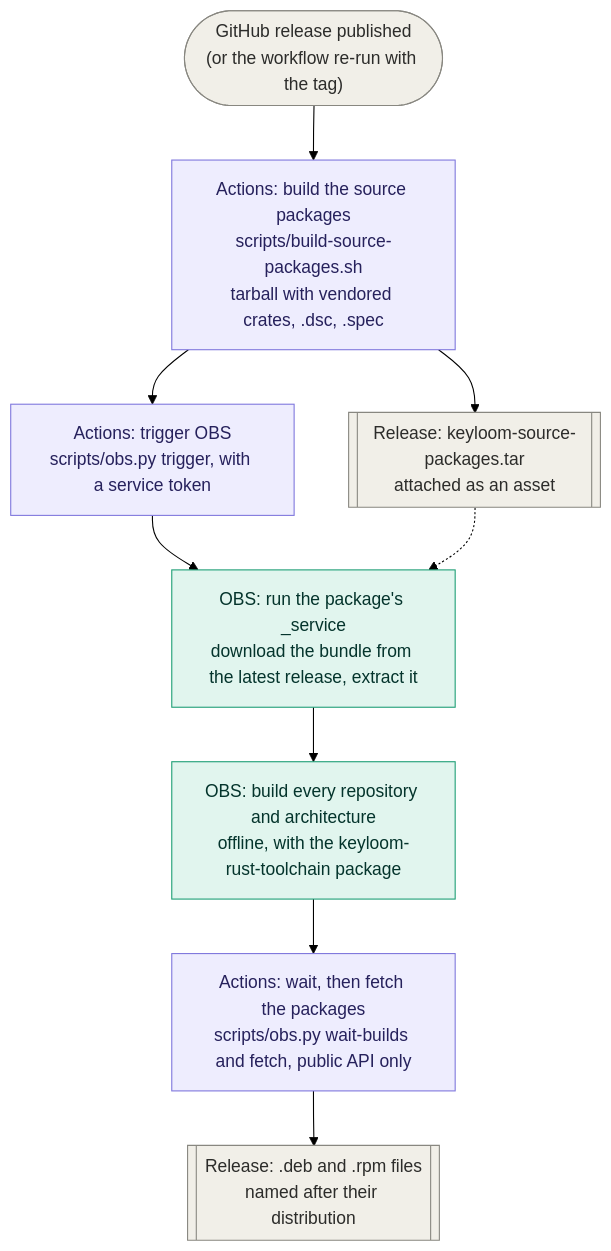
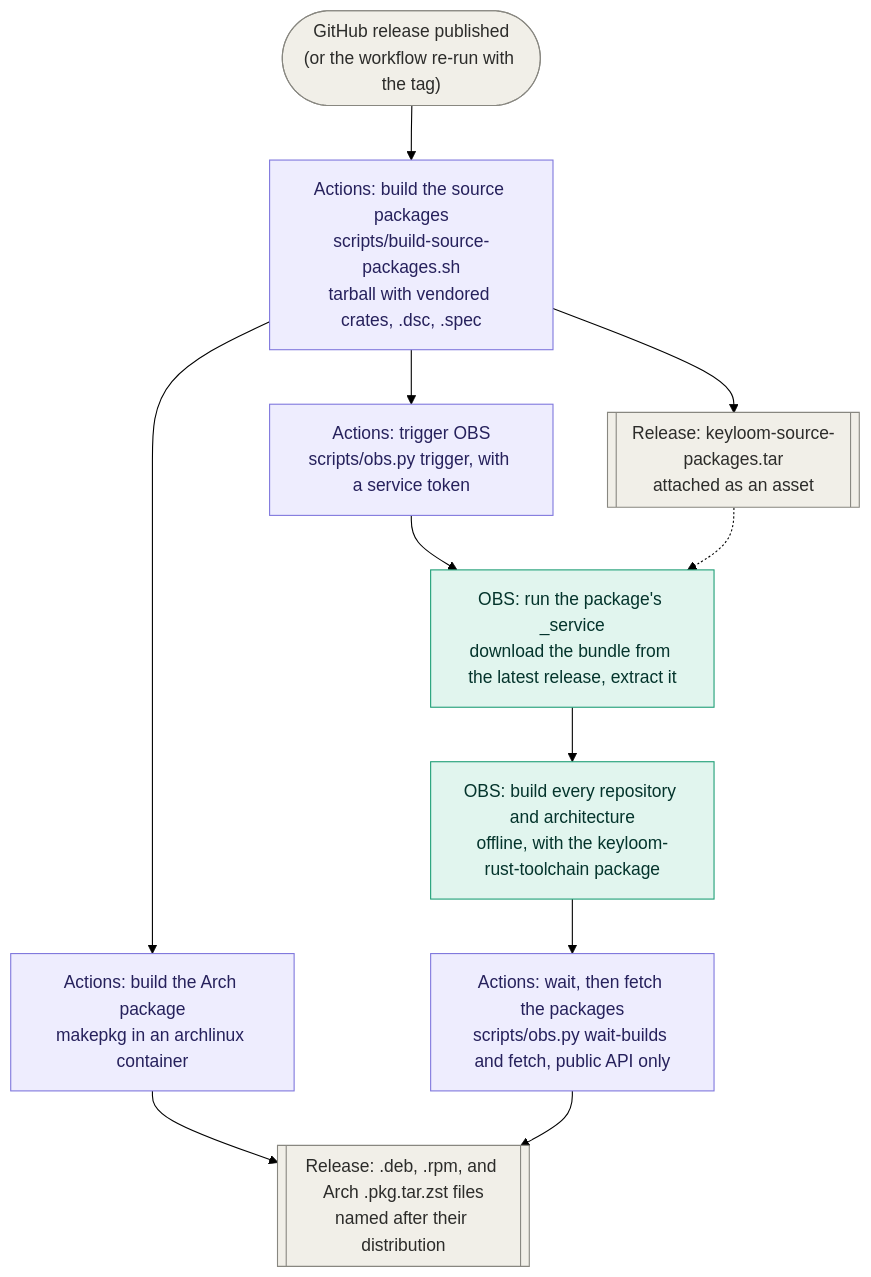
The diagram in packaging/README.md (BlakeGardner/Keyloom), drawn with Mermaid (forest theme) before and after one commit. The commit also changed other lines of this file and 5 other files, not shown here.

First line of the commit message:
Attach an Arch package to releases, built by Actions

````diff
--- a/packaging/README.md
+++ b/packaging/README.md
@@ -8,21 +9,23 @@
 ```mermaid
 flowchart TB
     published(["GitHub release published<br>(or the workflow re-run with the tag)"])
     build["Actions: build the source packages<br>scripts/build-source-packages.sh<br>tarball with vendored crates, .dsc, .spec"]
     bundle[["Release: keyloom-source-packages.tar<br>attached as an asset"]]
     trigger["Actions: trigger OBS<br>scripts/obs.py trigger, with a service token"]
     service["OBS: run the package's _service<br>download the bundle from the latest release, extract it"]
     builds["OBS: build every repository and architecture<br>offline, with the keyloom-rust-toolchain package"]
     fetch["Actions: wait, then fetch the packages<br>scripts/obs.py wait-builds and fetch, public API only"]
-    packages[["Release: .deb and .rpm files<br>named after their distribution"]]
+    arch["Actions: build the Arch package<br>makepkg in an archlinux container"]
+    packages[["Release: .deb, .rpm, and Arch .pkg.tar.zst files<br>named after their distribution"]]
     published --> build --> bundle
     build --> trigger --> service
+    build --> arch --> packages
     bundle -.-> service
     service --> builds --> fetch --> packages
     classDef actions fill:#EEEDFE,stroke:#7F77DD,color:#26215C
     classDef release fill:#F1EFE8,stroke:#888780,color:#2C2C2A
     classDef obs fill:#E1F5EE,stroke:#1D9E75,color:#04342C
-    class build,trigger,fetch actions
+    class build,trigger,fetch,arch actions
     class published,bundle,packages release
     class service,builds obs
 ```
````
